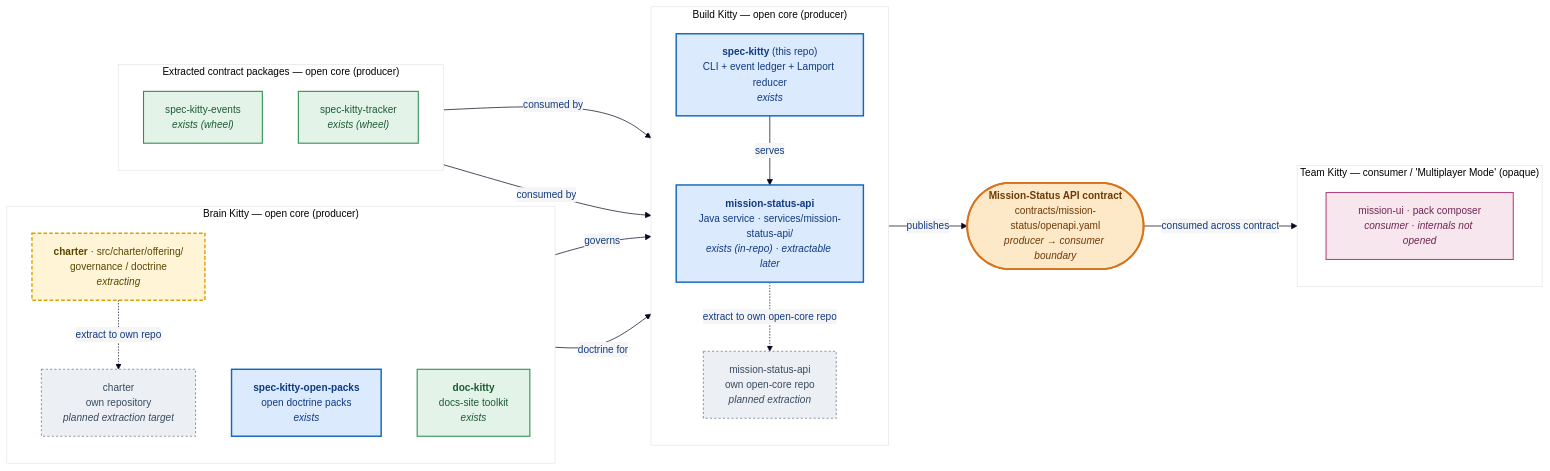
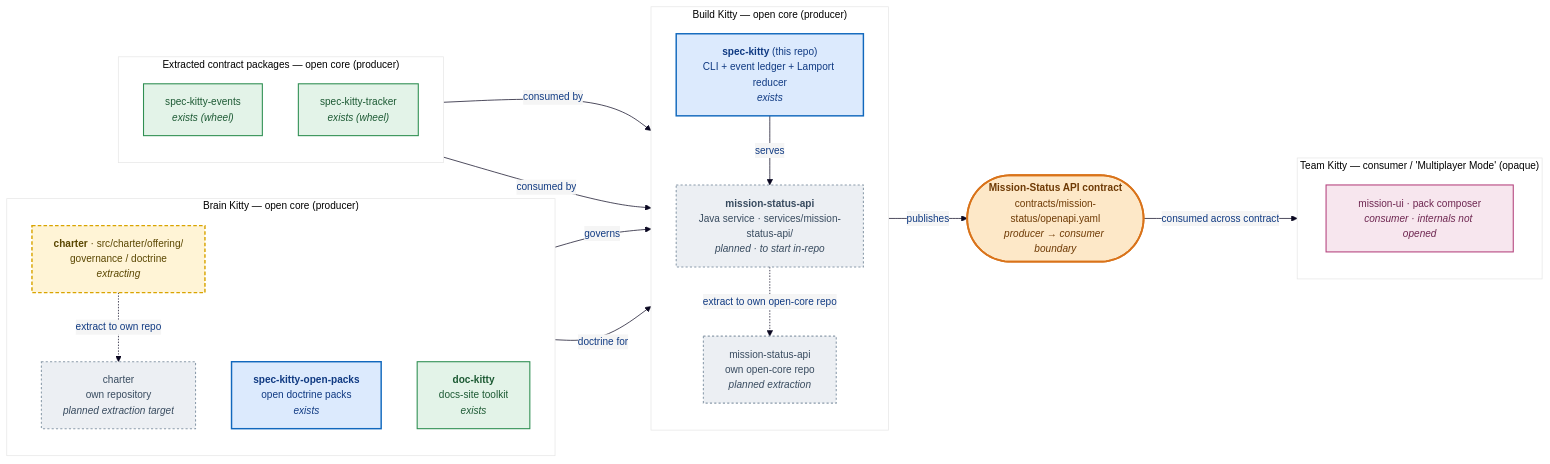
Before and after one commit to spec-kitty/spec-kitty: the diagram in docs/adr/4.x/2026-10-12-2-charter-extraction-to-its-own-repository.md, drawn with Mermaid. The commit also changed other lines of this file and 3 other files, not shown here.

First line of the commit message:
docs(landing): label planned mission-status service as planned

````diff
--- a/docs/adr/4.x/2026-10-12-2-charter-extraction-to-its-own-repository.md
+++ b/docs/adr/4.x/2026-10-12-2-charter-extraction-to-its-own-repository.md
@@ -135,55 +135,55 @@
 ```mermaid
 %%{init: {'theme':'base','themeVariables': {
   'fontFamily': 'Trebuchet MS, Verdana, Arial, sans-serif',
   'fontSize': '14px',
   'primaryColor': '#f5f5f5',
   'primaryTextColor': '#103a82',
   'primaryBorderColor': '#1c75cc',
   'lineColor': '#0a0721'
 }}}%%
 flowchart LR
     subgraph Build["Build Kitty — open core (producer)"]
       direction TB
       cliRepo["<b>spec-kitty</b> (this repo)<br/>CLI + event ledger + Lamport reducer<br/><i>exists</i>"]
-      apiRepo["<b>mission-status-api</b><br/>Java service · services/mission-status-api/<br/><i>exists (in-repo) · extractable later</i>"]
+      apiRepo["<b>mission-status-api</b><br/>Java service · services/mission-status-api/<br/><i>planned · to start in-repo</i>"]
       apiRepoFuture["mission-status-api<br/>own open-core repo<br/><i>planned extraction</i>"]
     end
     subgraph Brain["Brain Kitty — open core (producer)"]
       direction TB
       charterNow["<b>charter</b> · src/charter/offering/<br/>governance / doctrine<br/><i>extracting</i>"]
       charterRepo["charter<br/>own repository<br/><i>planned extraction target</i>"]
       openpacks["<b>spec-kitty-open-packs</b><br/>open doctrine packs<br/><i>exists</i>"]
       dockitty["<b>doc-kitty</b><br/>docs-site toolkit<br/><i>exists</i>"]
     end
     subgraph Contracts["Extracted contract packages — open core (producer)"]
       direction TB
       events["spec-kitty-events<br/><i>exists (wheel)</i>"]
       tracker["spec-kitty-tracker<br/><i>exists (wheel)</i>"]
     end
     seam(["<b>Mission-Status API contract</b><br/>contracts/mission-status/openapi.yaml<br/><i>producer → consumer boundary</i>"])
     subgraph Team["Team Kitty — consumer / 'Multiplayer Mode' (opaque)"]
       direction TB
       tkbox["mission-ui · pack composer<br/><i>consumer · internals not opened</i>"]
     end
     cliRepo -->|serves| apiRepo
     events -->|consumed by| cliRepo
     tracker -->|consumed by| cliRepo
     charterNow -->|governs| cliRepo
     openpacks -->|doctrine for| cliRepo
     apiRepo -->|publishes| seam
     seam -->|consumed across contract| tkbox
     charterNow -. extract to own repo .-> charterRepo
     apiRepo -. extract to own open-core repo .-> apiRepoFuture
     classDef coreProducer fill:#dceafd,stroke:#1168bd,color:#103a82,stroke-width:2px;
     classDef extracting fill:#fff4d6,stroke:#d9a400,color:#5a4600,stroke-width:2px,stroke-dasharray:5 3;
     classDef planned fill:#eceff3,stroke:#8c9cab,color:#384b5f,stroke-width:1.5px,stroke-dasharray:3 3;
     classDef pkg fill:#e3f3e8,stroke:#2f8f52,color:#1d5a34,stroke-width:1.5px;
     classDef seam fill:#fde8c8,stroke:#d9731a,color:#6e3a05,stroke-width:2.5px;
     classDef consumer fill:#f7e6ee,stroke:#b5457f,color:#6e2650,stroke-width:1.5px;
-    class cliRepo,apiRepo,openpacks coreProducer;
+    class cliRepo,openpacks coreProducer;
     class charterNow extracting;
-    class charterRepo,apiRepoFuture planned;
+    class charterRepo,apiRepo,apiRepoFuture planned;
     class events,tracker,dockitty pkg;
     class seam seam;
     class tkbox consumer;
 ```
````
